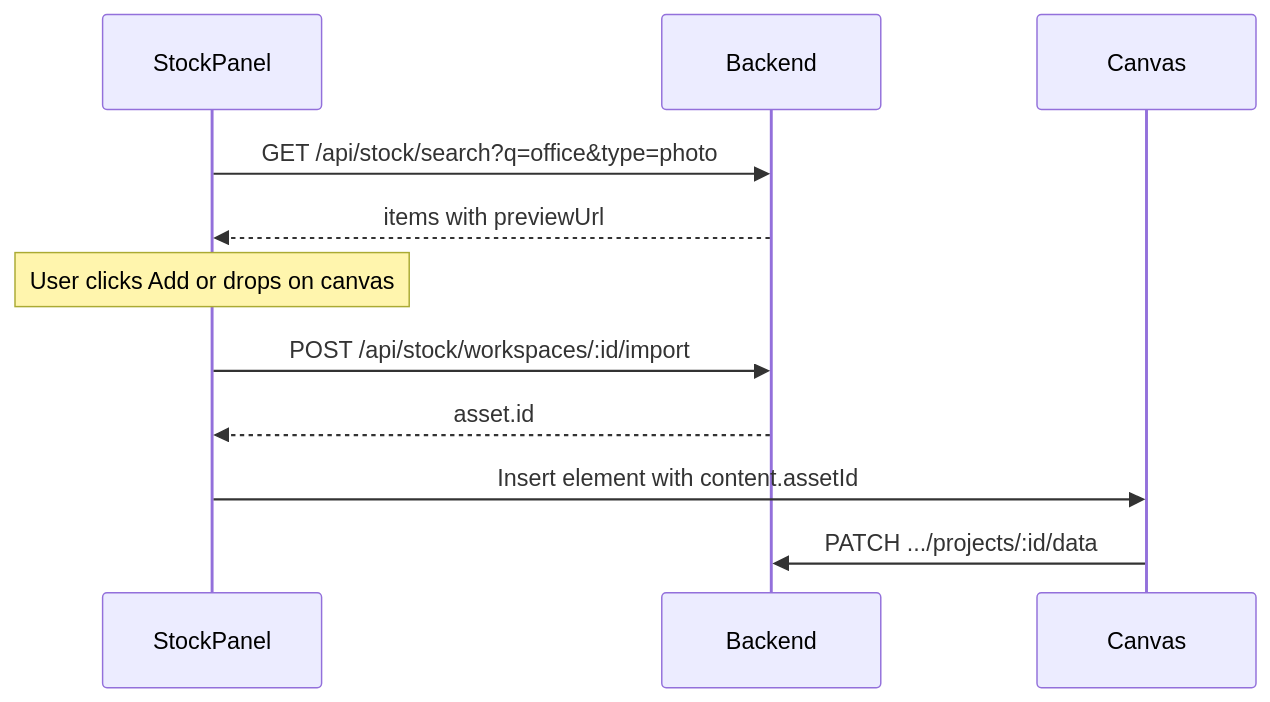
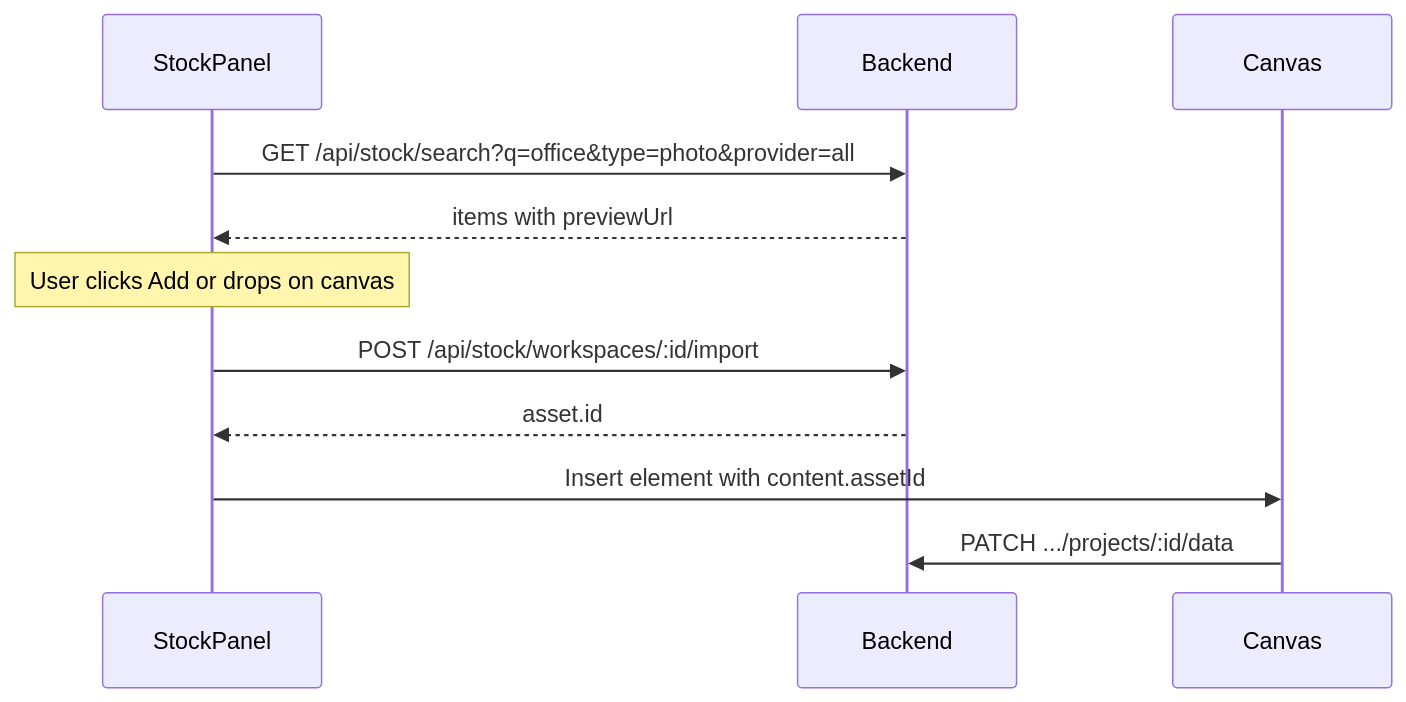
One commit to Creditor-Academy/AthenaVI_backend changed the diagram in docs/STOCK_FRONTEND_INTEGRATION.md. Above: the diagram before and after it, drawn with Mermaid. The commit also changed other lines of this file and 14 other files, not shown here.

Commit message:
feat(stock): expand stock media integration to support Unsplash and Pixabay alongside Pexels; update API endpoints for searching and importing stock assets; enhance documentation to reflect new provider options and usage details

````diff
--- a/docs/STOCK_FRONTEND_INTEGRATION.md
+++ b/docs/STOCK_FRONTEND_INTEGRATION.md
@@ -32,17 +32,17 @@
 ```mermaid
 sequenceDiagram
   participant Panel as StockPanel
   participant API as Backend
   participant Editor as Canvas
 
-  Panel->>API: GET /api/stock/search?q=office&type=photo
+  Panel->>API: GET /api/stock/search?q=office&type=photo&provider=all
   API-->>Panel: items with previewUrl
 
   Note over Panel: User clicks Add or drops on canvas
 
   Panel->>API: POST /api/stock/workspaces/:id/import
   API-->>Panel: asset.id
 
   Panel->>Editor: Insert element with content.assetId
   Editor->>API: PATCH .../projects/:id/data
 ```
````
